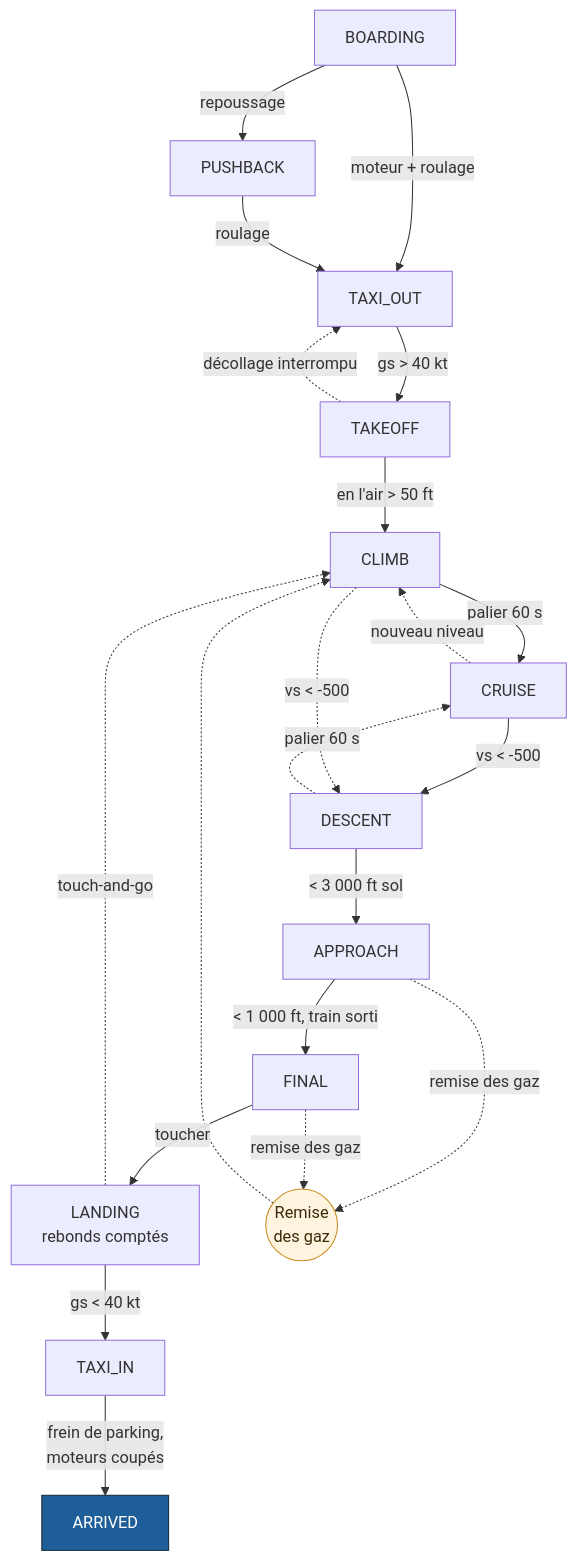
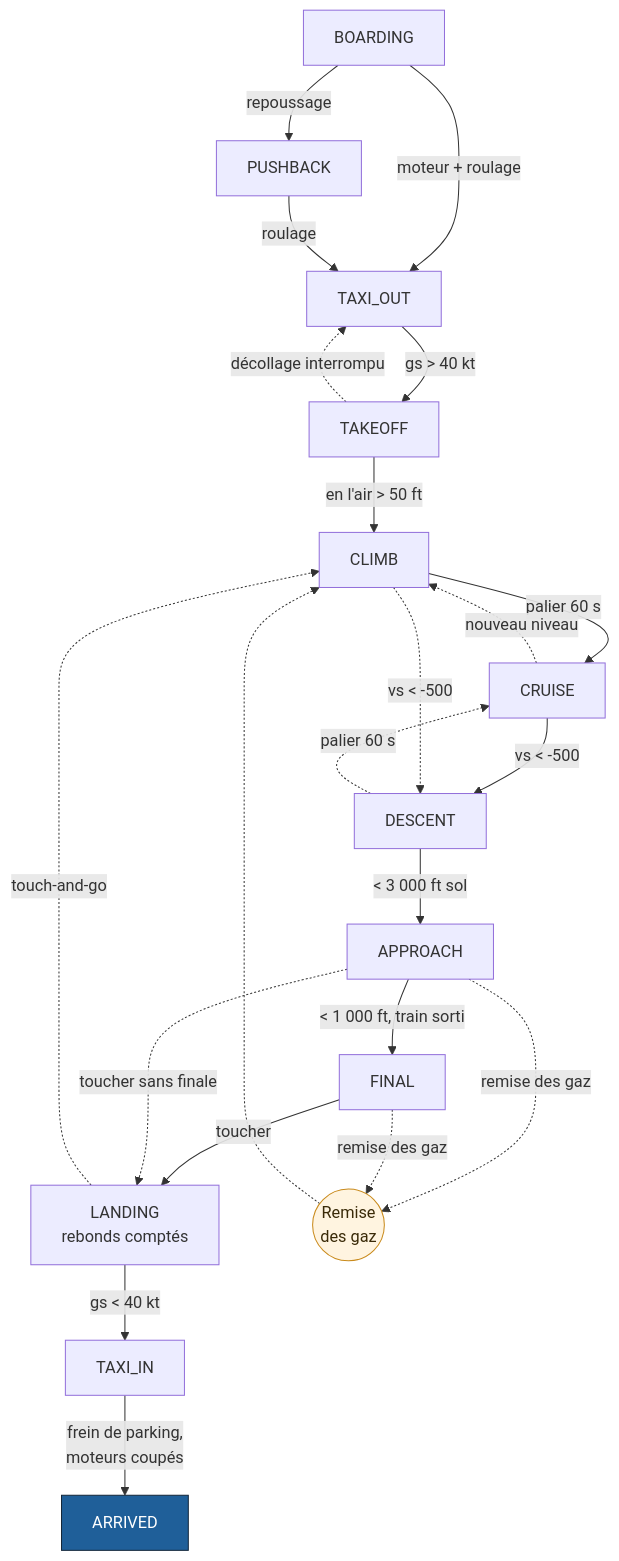
One commit to tetardo/weems changed the diagram in docs/schemas/tracker-phases.mmd. Above: the diagram before and after it, drawn with Mermaid. The commit also changed 31 other files, not shown here.

```diff
--- a/docs/schemas/tracker-phases.mmd
+++ b/docs/schemas/tracker-phases.mmd
@@ -1,25 +1,26 @@
 flowchart TB
   BOARDING --> |repoussage| PUSHBACK
   BOARDING --> |"moteur + roulage"| TAXI_OUT
   PUSHBACK --> |roulage| TAXI_OUT
   TAXI_OUT --> |"gs > 40 kt"| TAKEOFF
   TAKEOFF -. "décollage interrompu" .-> TAXI_OUT
   TAKEOFF --> |"en l'air > 50 ft"| CLIMB
   CLIMB --> |"palier 60 s"| CRUISE
   CRUISE -.-> |"nouveau niveau"| CLIMB
   CRUISE --> |"vs < -500"| DESCENT
   CLIMB -.-> |"vs < -500"| DESCENT
   DESCENT -.-> |"palier 60 s"| CRUISE
   DESCENT --> |"< 3 000 ft sol"| APPROACH
   APPROACH --> |"< 1 000 ft, train sorti"| FINAL
   FINAL --> |toucher| LANDING["LANDING<br/>rebonds comptés"]
+  APPROACH -. "toucher sans finale" .-> LANDING
   APPROACH -. "remise des gaz" .-> GA(("Remise<br/>des gaz"))
   FINAL -. "remise des gaz" .-> GA
   GA -.-> CLIMB
   LANDING -. "touch-and-go" .-> CLIMB
   LANDING --> |"gs < 40 kt"| TAXI_IN
   TAXI_IN --> |"frein de parking,<br/>moteurs coupés"| ARRIVED
   classDef end1 fill:#1F5F99,color:#FFFFFF,stroke:#14273A
   classDef ga fill:#FFF4E0,stroke:#C98A1B,color:#3A2A08
   class ARRIVED end1
   class GA ga
```
